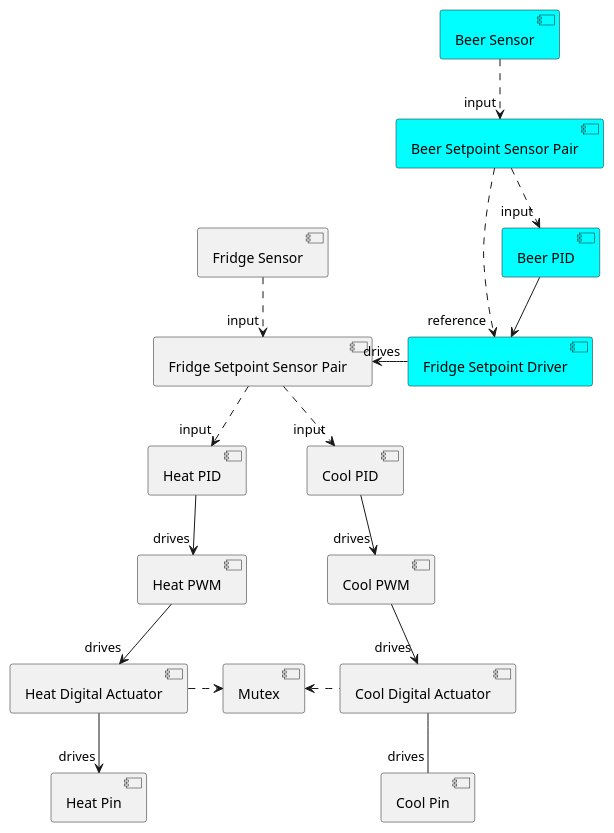
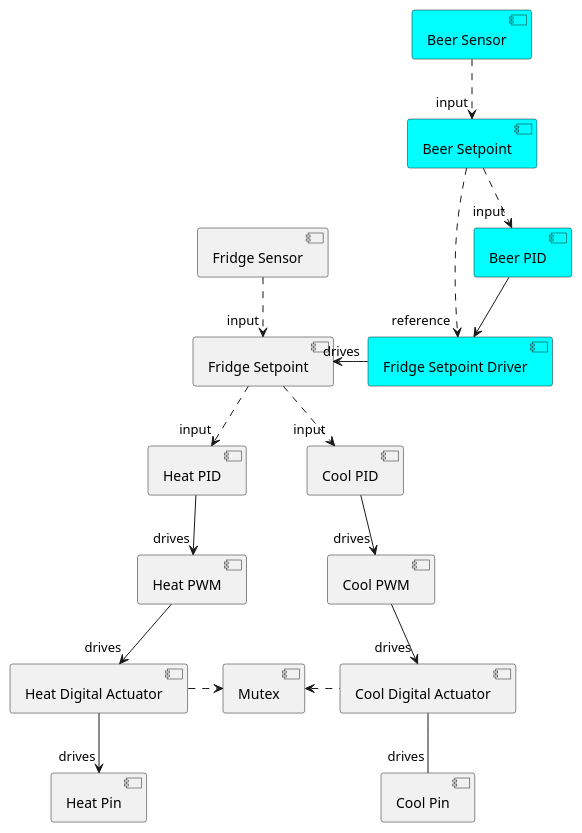
Before and after one commit to BrewBlox/brewblox-documentation: the diagram in docs/uml/offset_chain.puml, drawn with PlantUML. The commit also changed 5 other files, not shown here.

Commit message:
fix naming in plant uml

```diff
--- a/docs/uml/offset_chain.puml
+++ b/docs/uml/offset_chain.puml
@@ -1,42 +1,42 @@
 @startuml Beer Offset Control Chain
 component heat_PID as "Heat PID"
 component heat_PWM as "Heat PWM"
 component heat_Digital as "Heat Digital Actuator"
 component heat_Pin as "Heat Pin"
 
 component cool_PID as "Cool PID"
 component cool_PWM as "Cool PWM"
 component cool_Digital as "Cool Digital Actuator"
 component cool_Pin as "Cool Pin"
 
-component fridge_SSP as "Fridge Setpoint Sensor Pair"
+component fridge_Setpoint as "Fridge Setpoint"
 component fridge_Sensor as "Fridge Sensor"
 
 component Mutex
 
 component beer_PID as "Beer PID" #Cyan
-component beer_SSP as "Beer Setpoint Sensor Pair" #Cyan
+component beer_Setpoint as "Beer Setpoint" #Cyan
 component beer_Sensor as "Beer Sensor" #Cyan
 component beer_Offset as "Fridge Setpoint Driver" #Cyan
 
-fridge_Sensor .down.> "input" fridge_SSP
-fridge_SSP .down.> "input" heat_PID
-fridge_SSP .down.> "input" cool_PID
+fridge_Sensor .down.> "input" fridge_Setpoint
+fridge_Setpoint .down.> "input" heat_PID
+fridge_Setpoint .down.> "input" cool_PID
 
 heat_PID -down-> "drives" heat_PWM
 heat_PWM -down-> "drives" heat_Digital
 heat_Digital .right.> Mutex
 heat_Digital -down-> "drives" heat_Pin
 
 cool_PID -down-> "drives" cool_PWM
 cool_PWM -down-> "drives" cool_Digital
 cool_Digital .left.> Mutex
 cool_Digital -down- "drives" cool_Pin
 
-beer_Sensor .down.> "input" beer_SSP
-beer_SSP .down.> "input" beer_PID
-beer_SSP .down.> "reference" beer_Offset
+beer_Sensor .down.> "input" beer_Setpoint
+beer_Setpoint .down.> "input" beer_PID
+beer_Setpoint .down.> "reference" beer_Offset
 beer_PID -down-> beer_Offset
-beer_Offset -left-> "drives" fridge_SSP
+beer_Offset -left-> "drives" fridge_Setpoint
 
 @enduml
```
